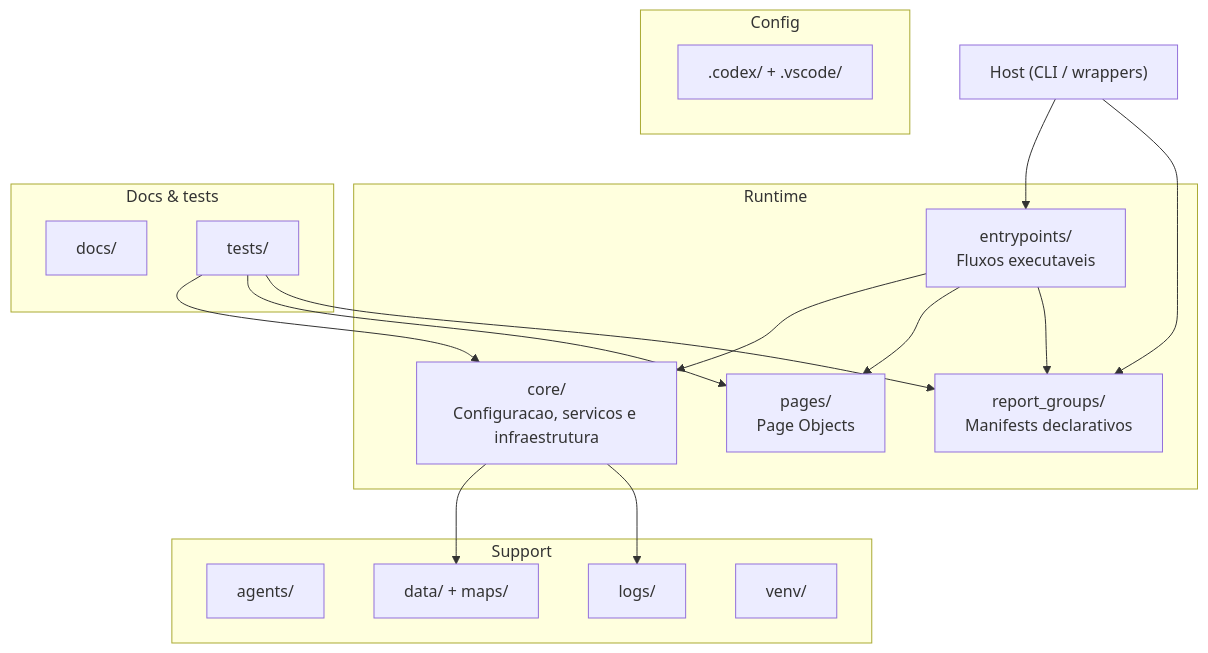
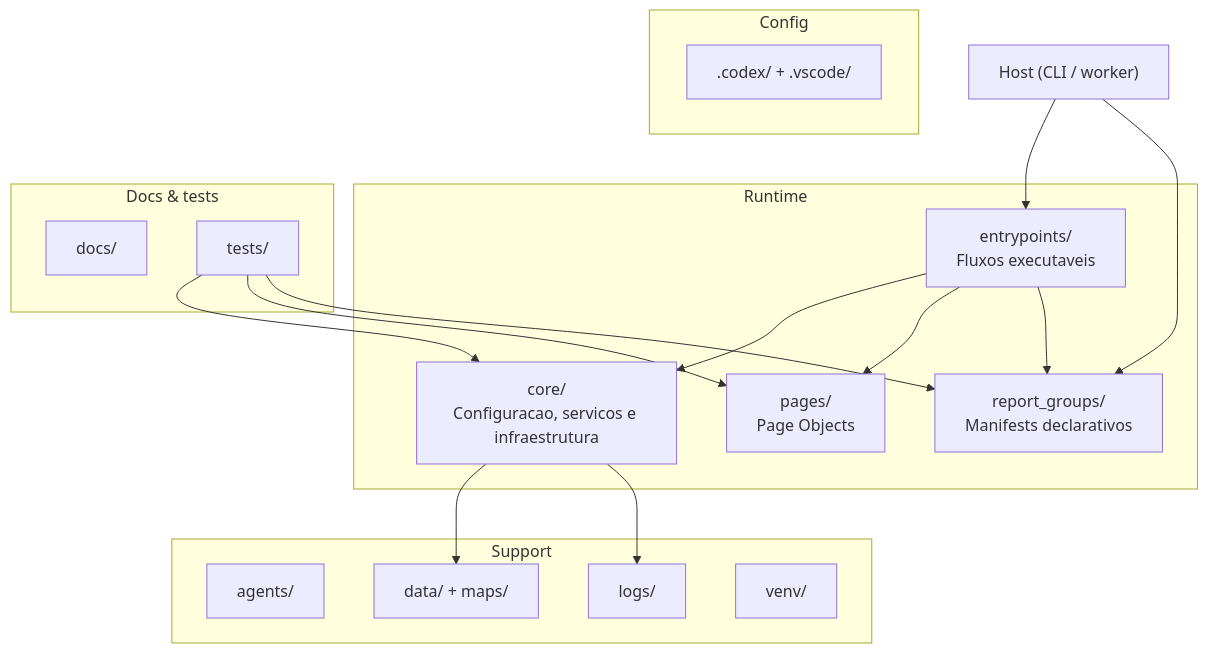
Before and after one commit to matheusgs083/promax-web-driver: the diagram in readme.md, drawn with Mermaid. The commit also changed other lines of this file and 42 other files, not shown here.

````diff
--- a/readme.md
+++ b/readme.md
@@ -159,38 +149,38 @@
 ```mermaid
 flowchart TB
-    host["Host (CLI / wrappers)"]
+    host["Host (CLI / worker)"]
 
     subgraph runtime["Runtime"]
         entrypoints["entrypoints/<br/>Fluxos executaveis"]
         core["core/<br/>Configuracao, servicos e infraestrutura"]
         pages["pages/<br/>Page Objects"]
         report_groups["report_groups/<br/>Manifests declarativos"]
     end
 
     subgraph docs_tests["Docs & tests"]
         docs["docs/"]
         tests["tests/"]
     end
 
     subgraph support["Support"]
         agents["agents/"]
         assets["data/ + maps/"]
         logs["logs/"]
         venv["venv/"]
     end
 
     subgraph config["Config"]
         tooling[".codex/ + .vscode/"]
     end
 
     host --> entrypoints
     host --> report_groups
     entrypoints --> core
     entrypoints --> pages
     entrypoints --> report_groups
     tests --> core
     tests --> pages
     tests --> report_groups
     core --> assets
     core --> logs
 ```
````
